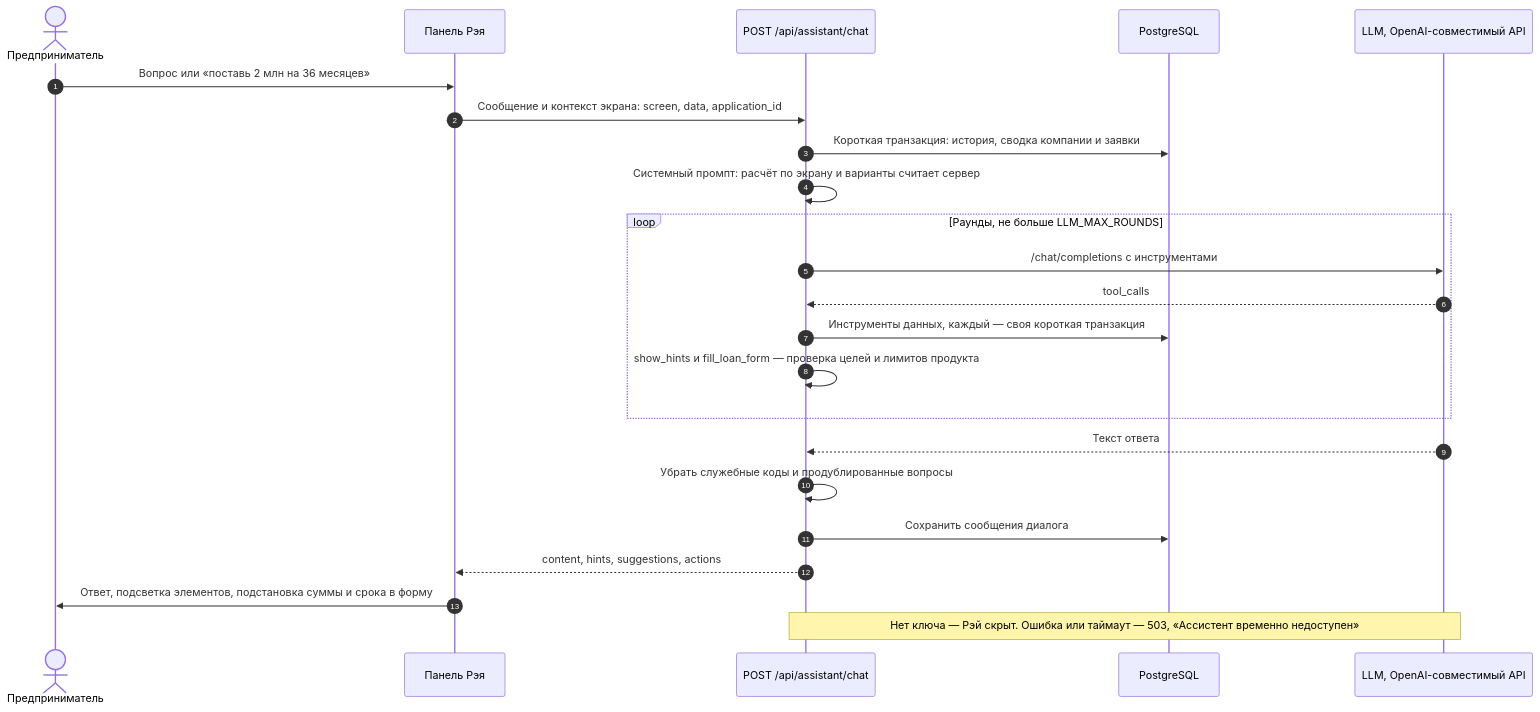
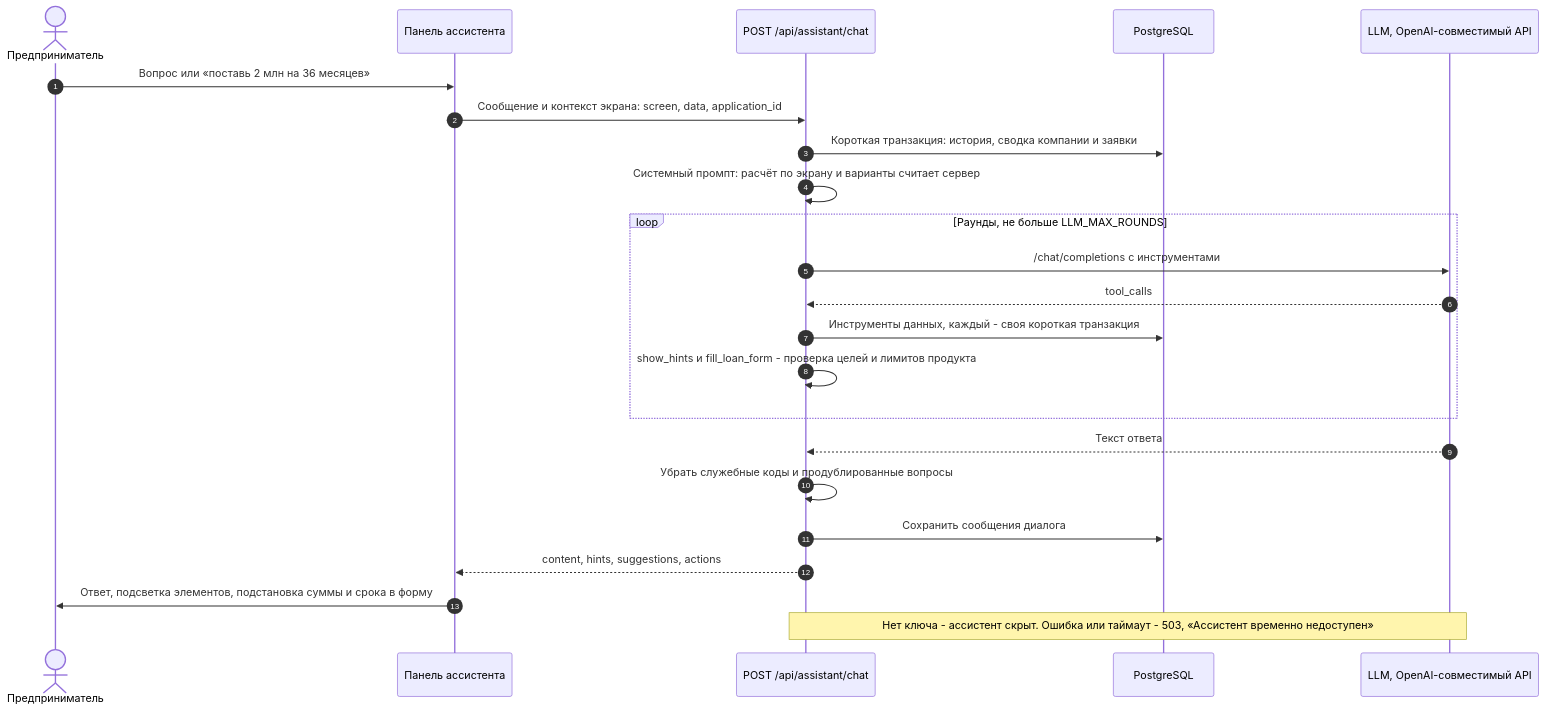
One commit to hugecatdev/alpharay changed the seventh of 8 diagrams in docs/architecture.md. Above: the diagram before and after it, drawn with Mermaid. The commit also changed other lines of this file and 49 other files, not shown here.

````diff
--- a/docs/architecture.md
+++ b/docs/architecture.md
@@ -285,26 +248,26 @@
 ```mermaid
 sequenceDiagram
     autonumber
     actor C as Предприниматель
-    participant P as Панель Рэя
+    participant P as Панель ассистента
     participant API as POST /api/assistant/chat
     participant DB as PostgreSQL
     participant LLM as LLM, OpenAI-совместимый API
 
     C->>P: Вопрос или «поставь 2 млн на 36 месяцев»
     P->>API: Сообщение и контекст экрана: screen, data, application_id
     API->>DB: Короткая транзакция: история, сводка компании и заявки
     API->>API: Системный промпт: расчёт по экрану и варианты считает сервер
     loop Раунды, не больше LLM_MAX_ROUNDS
         API->>LLM: /chat/completions с инструментами
         LLM-->>API: tool_calls
-        API->>DB: Инструменты данных, каждый — своя короткая транзакция
-        API->>API: show_hints и fill_loan_form — проверка целей и лимитов продукта
+        API->>DB: Инструменты данных, каждый - своя короткая транзакция
+        API->>API: show_hints и fill_loan_form - проверка целей и лимитов продукта
     end
     LLM-->>API: Текст ответа
     API->>API: Убрать служебные коды и продублированные вопросы
     API->>DB: Сохранить сообщения диалога
     API-->>P: content, hints, suggestions, actions
     P->>C: Ответ, подсветка элементов, подстановка суммы и срока в форму
-    Note over API,LLM: Нет ключа — Рэй скрыт. Ошибка или таймаут — 503, «Ассистент временно недоступен»
+    Note over API,LLM: Нет ключа - ассистент скрыт. Ошибка или таймаут - 503, «Ассистент временно недоступен»
 ```
````
